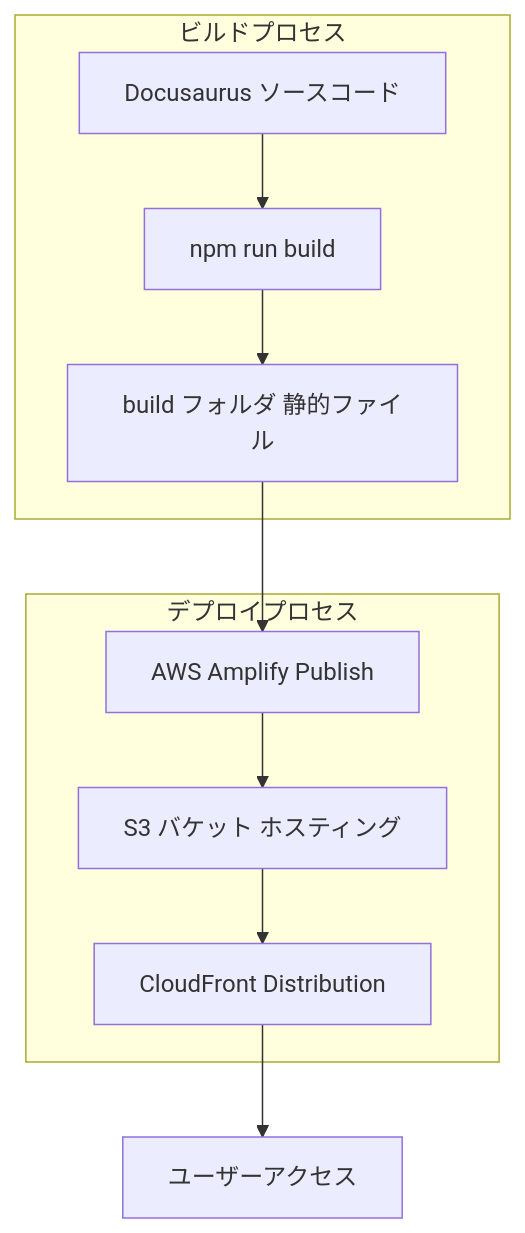
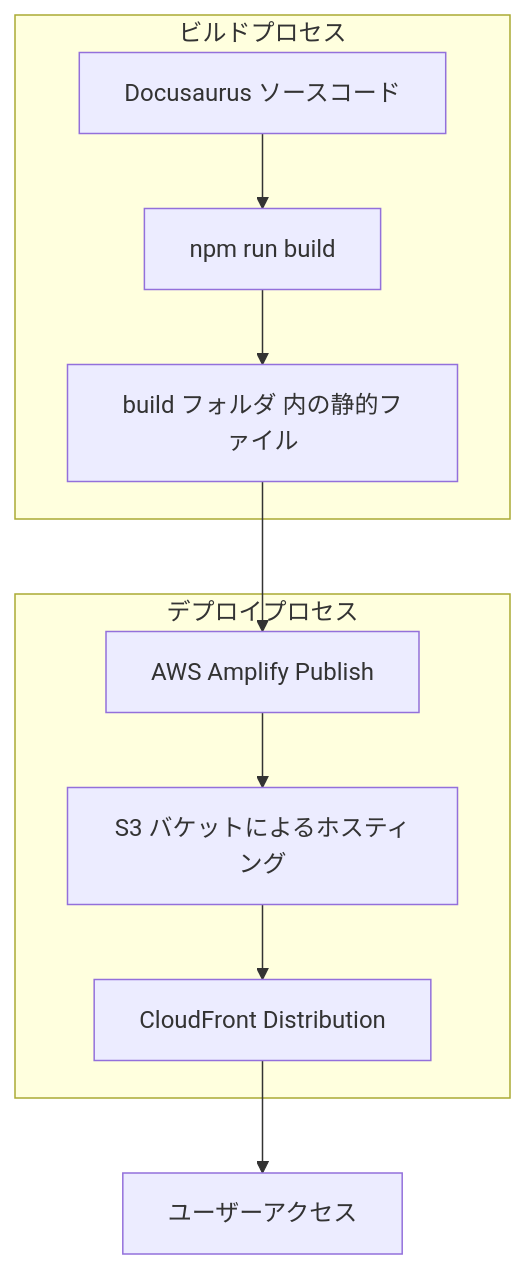
The diagram in README.md (Sunwood-ai-labs/Amplify-Docusaurus-Starter-Gen2-Custom), drawn with Mermaid before and after one commit. The commit also changed other lines of this file and 12 other files, not shown here.

````diff
--- a/README.md
+++ b/README.md
@@ -81,21 +102,21 @@
 ```mermaid
 flowchart TD
     subgraph Build [ビルドプロセス]
         A[Docusaurus ソースコード]
         B[npm run build]
-        C[build フォルダ 静的ファイル]
+        C[build フォルダ 内の静的ファイル]
         A --> B
         B --> C
     end
 
     subgraph Deploy [デプロイプロセス]
         D[AWS Amplify Publish]
-        E[S3 バケット ホスティング]
+        E[S3 バケットによるホスティング]
         F[CloudFront Distribution]
         D --> E
         E --> F
     end
 
     C --> D
     F --> G[ユーザーアクセス]
 ```
````
